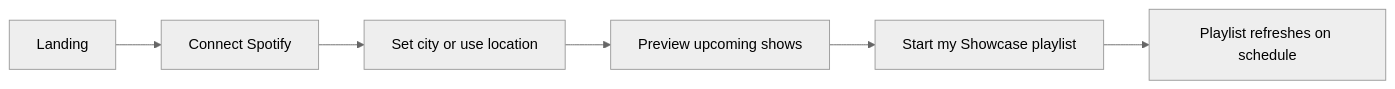
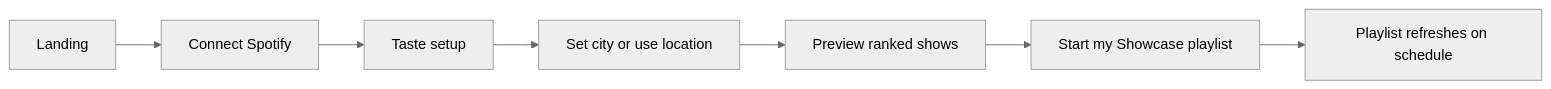
One commit to KCMak653/Showcase changed the first of 2 diagrams in docs/listener-web-app.md. Above: the diagram before and after it, drawn with Mermaid (neutral theme). The commit also changed other lines of this file and 27 other files, not shown here.

First line of the commit message:
Add taste personalization, Spotify OAuth, and web API routes.

````diff
--- a/docs/listener-web-app.md
+++ b/docs/listener-web-app.md
@@ -23,8 +23,9 @@
 ```mermaid
 flowchart LR
   landing[Landing] --> spotify[Connect Spotify]
-  spotify --> place[Set city or use location]
-  place --> preview[Preview upcoming shows]
+  spotify --> taste[Taste setup]
+  taste --> place[Set city or use location]
+  place --> preview[Preview ranked shows]
   preview --> start[Start my Showcase playlist]
   start --> living[Playlist refreshes on schedule]
 ```
````
